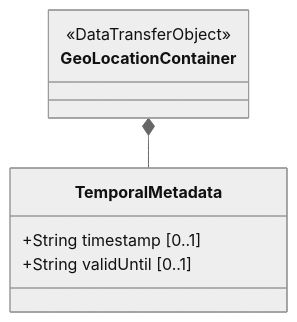
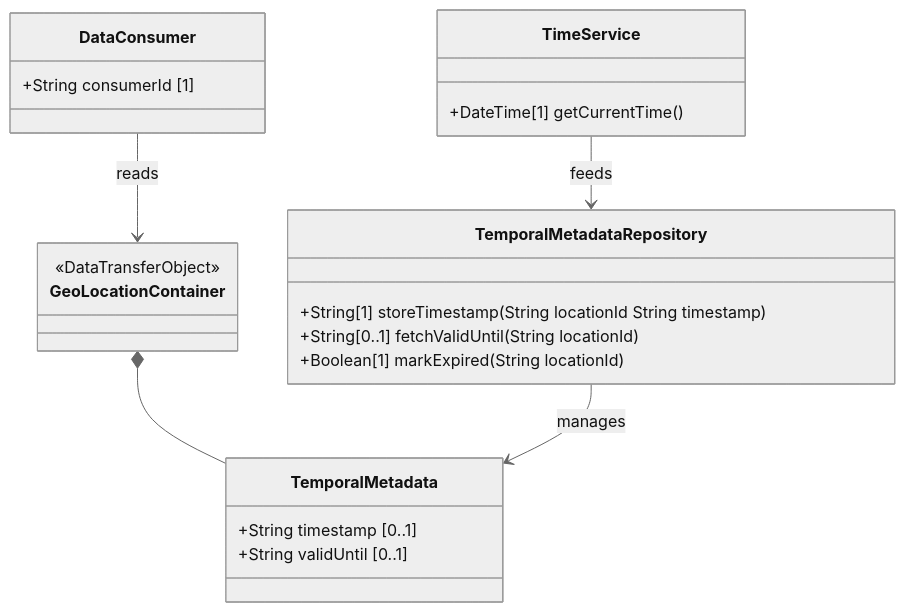
One commit to gintatkinson/3dgs-011 changed the diagram in docs/features/feat-06-temporal-location-lifecycle.md. Above: the diagram before and after it, drawn with Mermaid (neutral theme). The commit also changed 16 other files, not shown here.

Commit message:
docs: add behavioral user stories -- Phase 2 for RFC 9179 geo-location

````diff
--- a/docs/features/feat-06-temporal-location-lifecycle.md
+++ b/docs/features/feat-06-temporal-location-lifecycle.md
@@ -20,11 +20,25 @@
 ```mermaid
 classDiagram
     class TemporalMetadata {
         +String timestamp [0..1]
         +String validUntil [0..1]
     }
     class GeoLocationContainer {
         <<DataTransferObject>>
     }
     GeoLocationContainer *-- TemporalMetadata
+    class TemporalMetadataRepository {
+        +String[1] storeTimestamp(String locationId String timestamp)
+        +String[0..1] fetchValidUntil(String locationId)
+        +Boolean[1] markExpired(String locationId)
+    }
+    class TimeService {
+        +DateTime[1] getCurrentTime()
+    }
+    class DataConsumer {
+        +String consumerId [1]
+    }
+    TemporalMetadataRepository --> TemporalMetadata : manages
+    DataConsumer --> GeoLocationContainer : reads
+    TimeService --> TemporalMetadataRepository : feeds
 ```
````
